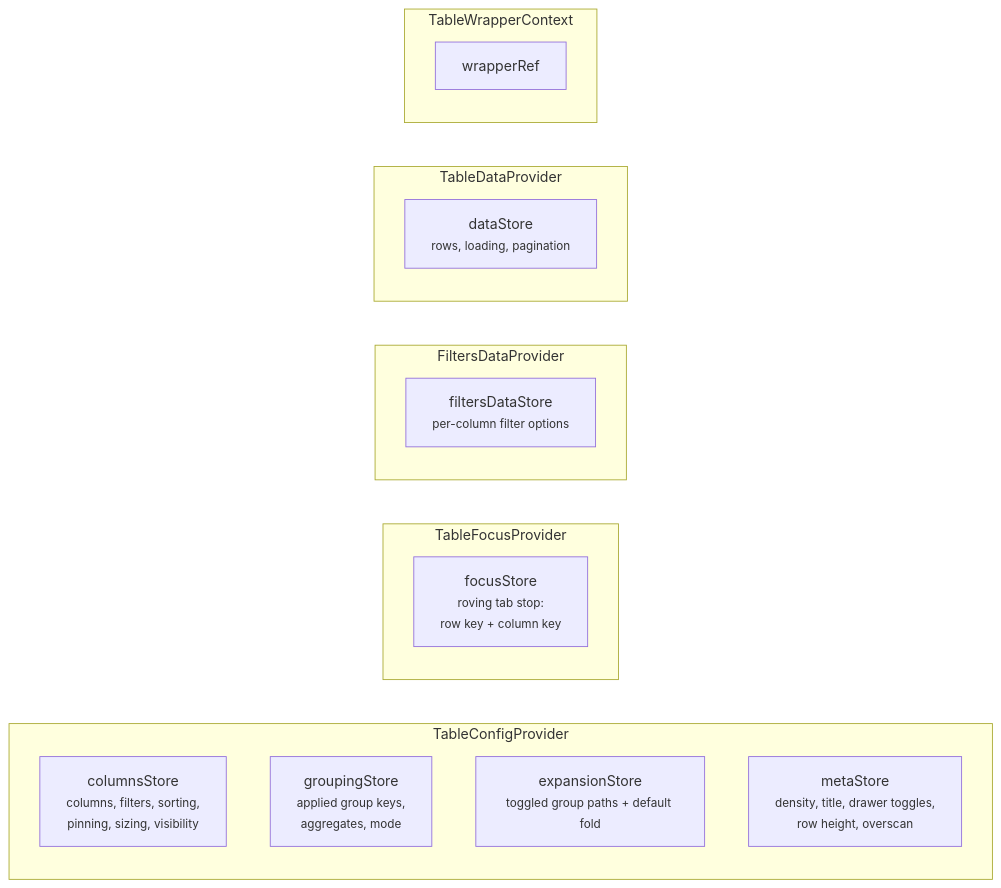
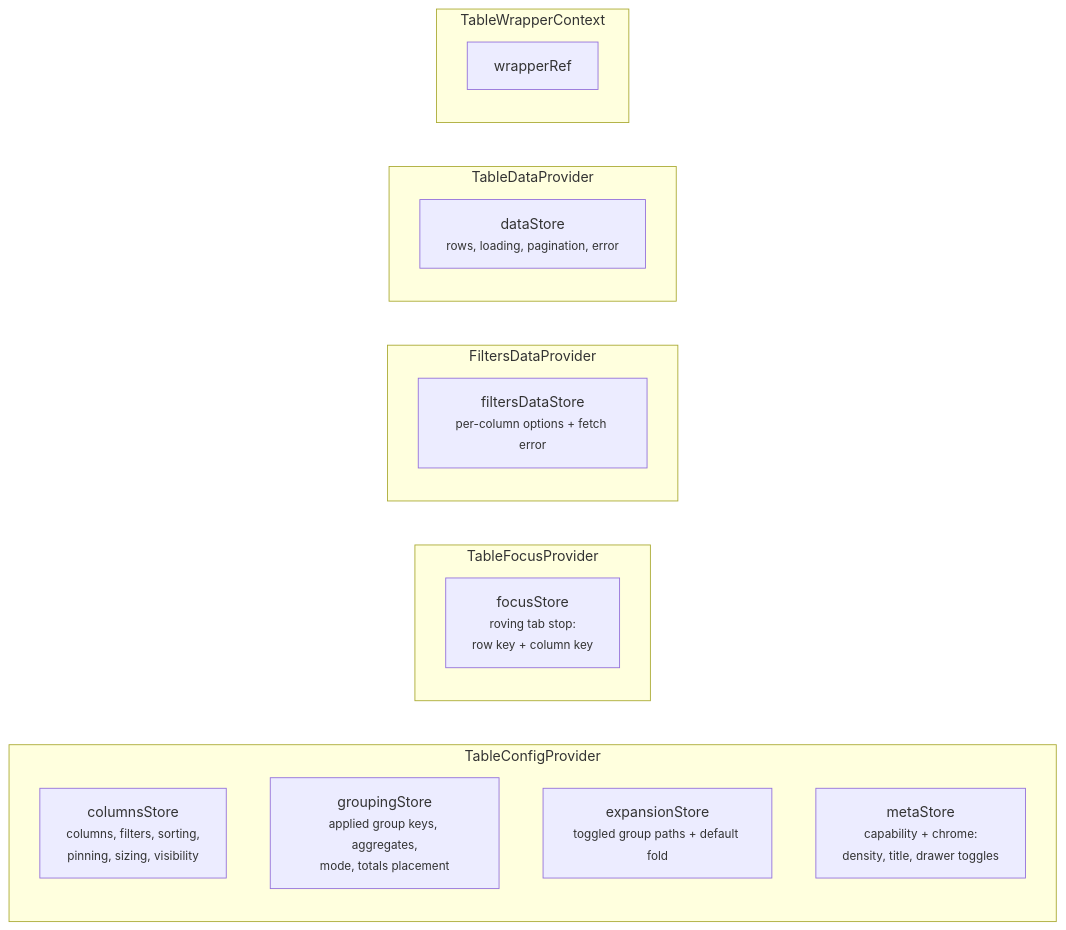
The second of 4 diagrams in packages/ui/src/components/Table/ARCHITECTURE.md (luciocabrera/lcabrera-stack), drawn with Mermaid before and after one commit. The commit also changed other lines of this file and 142 other files, not shown here.

First line of the commit message:
refactor(ui): split TableMetaState into capability, grouping, and chrome (#1151)

````diff
--- a/packages/ui/src/components/Table/ARCHITECTURE.md
+++ b/packages/ui/src/components/Table/ARCHITECTURE.md
@@ -89,25 +89,25 @@
 ```mermaid
 graph LR
   subgraph "TableConfigProvider"
     CS["columnsStore<br/><small>columns, filters, sorting,<br/>pinning, sizing, visibility</small>"]
-    GS["groupingStore<br/><small>applied group keys,<br/>aggregates, mode</small>"]
+    GS["groupingStore<br/><small>applied group keys, aggregates,<br/>mode, totals placement</small>"]
     ES["expansionStore<br/><small>toggled group paths + default fold</small>"]
-    MS["metaStore<br/><small>density, title, drawer toggles,<br/>row height, overscan</small>"]
+    MS["metaStore<br/><small>capability + chrome:<br/>density, title, drawer toggles</small>"]
   end
 
   subgraph "TableFocusProvider"
     FoS["focusStore<br/><small>roving tab stop:<br/>row key + column key</small>"]
   end
 
   subgraph "FiltersDataProvider"
-    FS["filtersDataStore<br/><small>per-column filter options</small>"]
+    FS["filtersDataStore<br/><small>per-column options + fetch error</small>"]
   end
 
   subgraph "TableDataProvider"
-    DS["dataStore<br/><small>rows, loading, pagination</small>"]
+    DS["dataStore<br/><small>rows, loading, pagination, error</small>"]
   end
 
   subgraph "TableWrapperContext"
     WR["wrapperRef"]
   end
 ```
````
